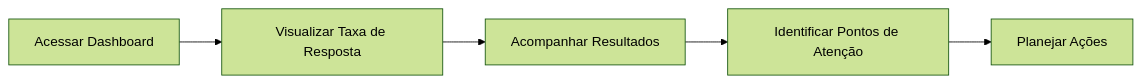
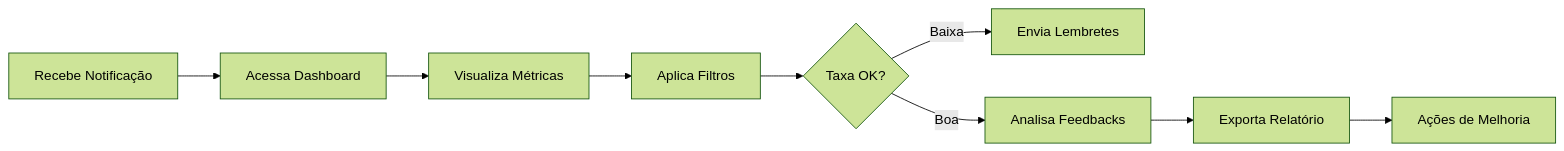
Before and after one commit to leapy-edtech/docs: the fifth of 6 diagrams in documentation/domains/pulses/journeys.mdx, drawn with Mermaid (forest theme). The commit also changed other lines of this file and 3 other files, not shown here.

````diff
--- a/documentation/domains/pulses/journeys.mdx
+++ b/documentation/domains/pulses/journeys.mdx
@@ -61,7 +281,11 @@
 ```mermaid
 flowchart LR
-    A[Acessar Dashboard] --> B[Visualizar Taxa de Resposta]
-    B --> C[Acompanhar Resultados]
-    C --> D[Identificar Pontos de Atenção]
-    D --> E[Planejar Ações]
+    A[Recebe Notificação] --> B[Acessa Dashboard]
+    B --> C[Visualiza Métricas]
+    C --> D[Aplica Filtros]
+    D --> E{Taxa OK?}
+    E -->|Baixa| F[Envia Lembretes]
+    E -->|Boa| G[Analisa Feedbacks]
+    G --> H[Exporta Relatório]
+    H --> I[Ações de Melhoria]
 ```
````
